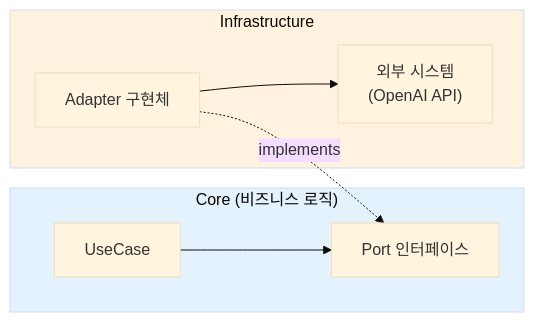
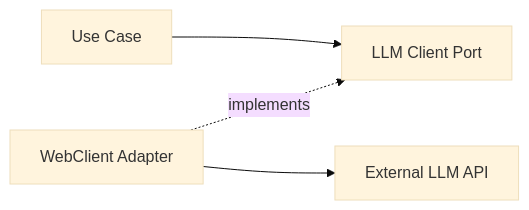
One commit to jiwon11/jiwon11.github.io changed the fourth of 4 diagrams in _posts/2026-02-07-kotlin-coroutines-to-spring-async-performance-improvement.md. Above: the diagram before and after it, drawn with Mermaid (base theme). The commit also changed other lines of this file and 4 other files, not shown here.

````diff
--- a/_posts/2026-02-07-kotlin-coroutines-to-spring-async-performance-improvement.md
+++ b/_posts/2026-02-07-kotlin-coroutines-to-spring-async-performance-improvement.md
@@ -748,12 +270,6 @@
-```mermaid
+~~~mermaid
 flowchart LR
-    subgraph Core["Core (비즈니스 로직)"]
-        UC["UseCase"] --> P["Port 인터페이스"]
-    end
-    subgraph Infra["Infrastructure"]
-        A["Adapter 구현체"] -.->|"implements"| P
-        A --> E["외부 시스템<br/>(OpenAI API)"]
-    end
-    style Core fill:#E3F2FD
-    style Infra fill:#FFF3E0
-```
+    U["Use Case"] --> P["LLM Client Port"]
+    A["WebClient Adapter"] -. implements .-> P
+    A --> E["External LLM API"]
+~~~
````
